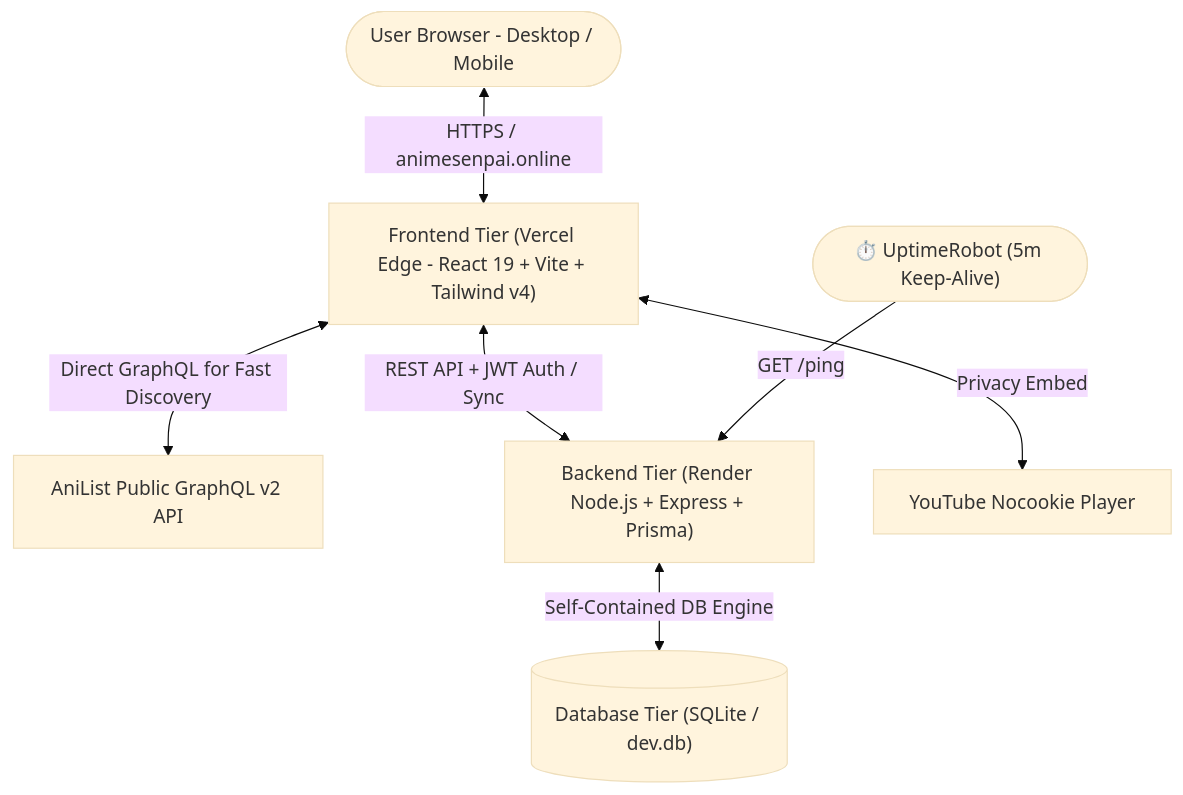
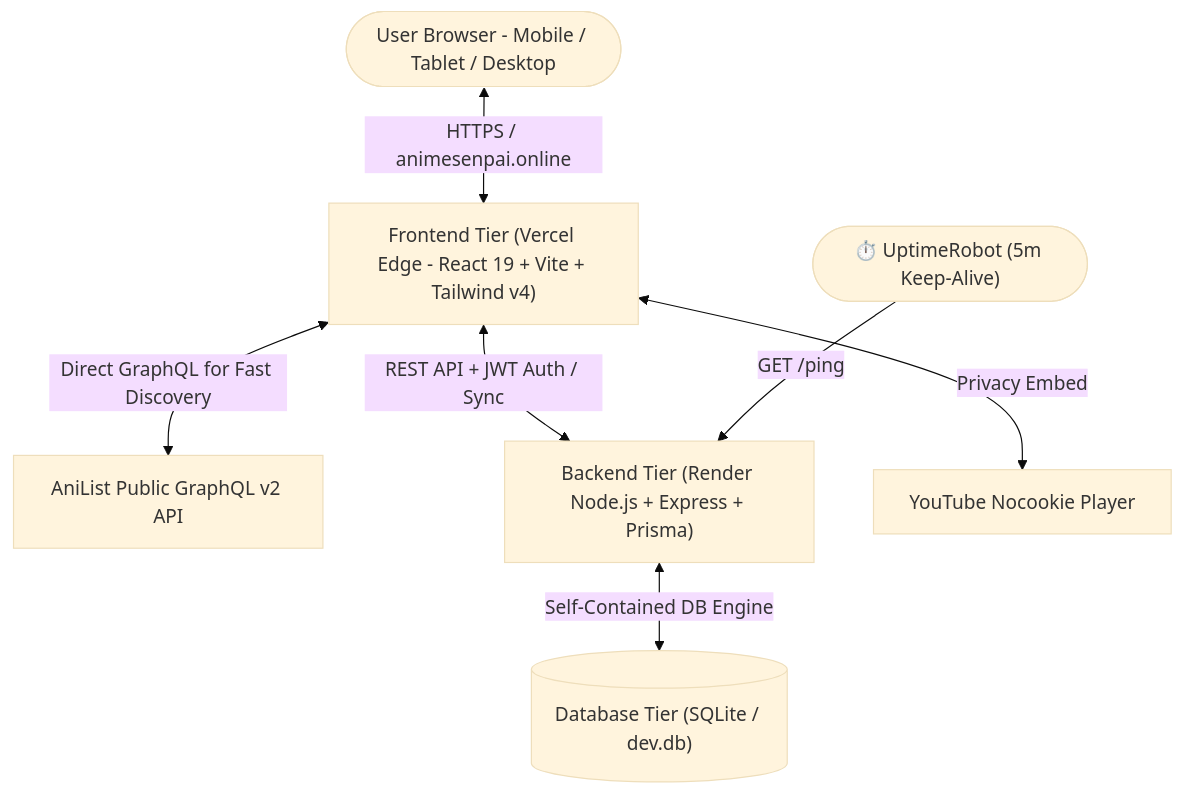
Before and after one commit to PurohitBhagyesh/anime-watch-recommendation: the diagram in README.md, drawn with Mermaid (base theme). The commit also changed other lines of this file and 11 other files, not shown here.

````diff
--- a/README.md
+++ b/README.md
@@ -61,9 +74,9 @@
 ```mermaid
 graph TD
-    User([User Browser - Desktop / Mobile]) <-->|HTTPS / animesenpai.online| Vercel["Frontend Tier (Vercel Edge - React 19 + Vite + Tailwind v4)"]
+    User([User Browser - Mobile / Tablet / Desktop]) <-->|HTTPS / animesenpai.online| Vercel["Frontend Tier (Vercel Edge - React 19 + Vite + Tailwind v4)"]
     Vercel <-->|Direct GraphQL for Fast Discovery| AniList["AniList Public GraphQL v2 API"]
     Vercel <-->|REST API + JWT Auth / Sync| Render["Backend Tier (Render Node.js + Express + Prisma)"]
     Render <-->|Self-Contained DB Engine| Database[("Database Tier (SQLite / dev.db)")]
     UptimeRobot(["⏱️ UptimeRobot (5m Keep-Alive)"]) -->|GET /ping| Render
     Vercel <-->|Privacy Embed| YouTube["YouTube Nocookie Player"]
 ```
````
